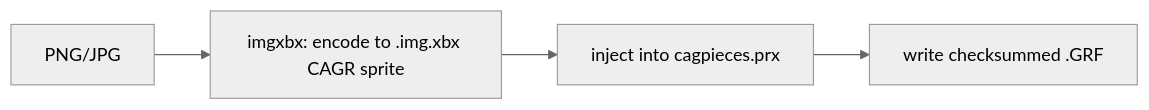
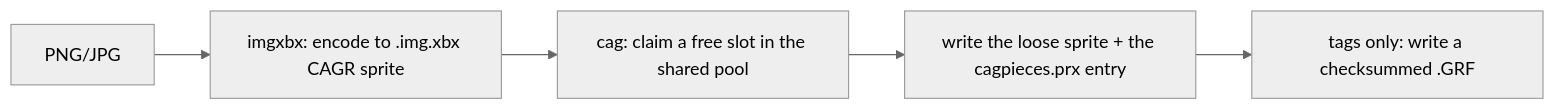
One commit to violetvandal/revert changed the diagram in docs-site/codecs.md. Above: the diagram before and after it, drawn with Mermaid (neutral theme). The commit also changed other lines of this file and 23 other files, not shown here.

````diff
--- a/docs-site/codecs.md
+++ b/docs-site/codecs.md
@@ -54,6 +54,7 @@
 ```mermaid
 flowchart LR
   img[PNG/JPG] --> x[imgxbx: encode to .img.xbx CAGR sprite]
-  x --> inj[inject into cagpieces.prx]
-  inj --> grf[write checksummed .GRF]
+  x --> slot[cag: claim a free slot in the shared pool]
+  slot --> inj[write the loose sprite + the cagpieces.prx entry]
+  inj --> grf[tags only: write a checksummed .GRF]
 ```
````
